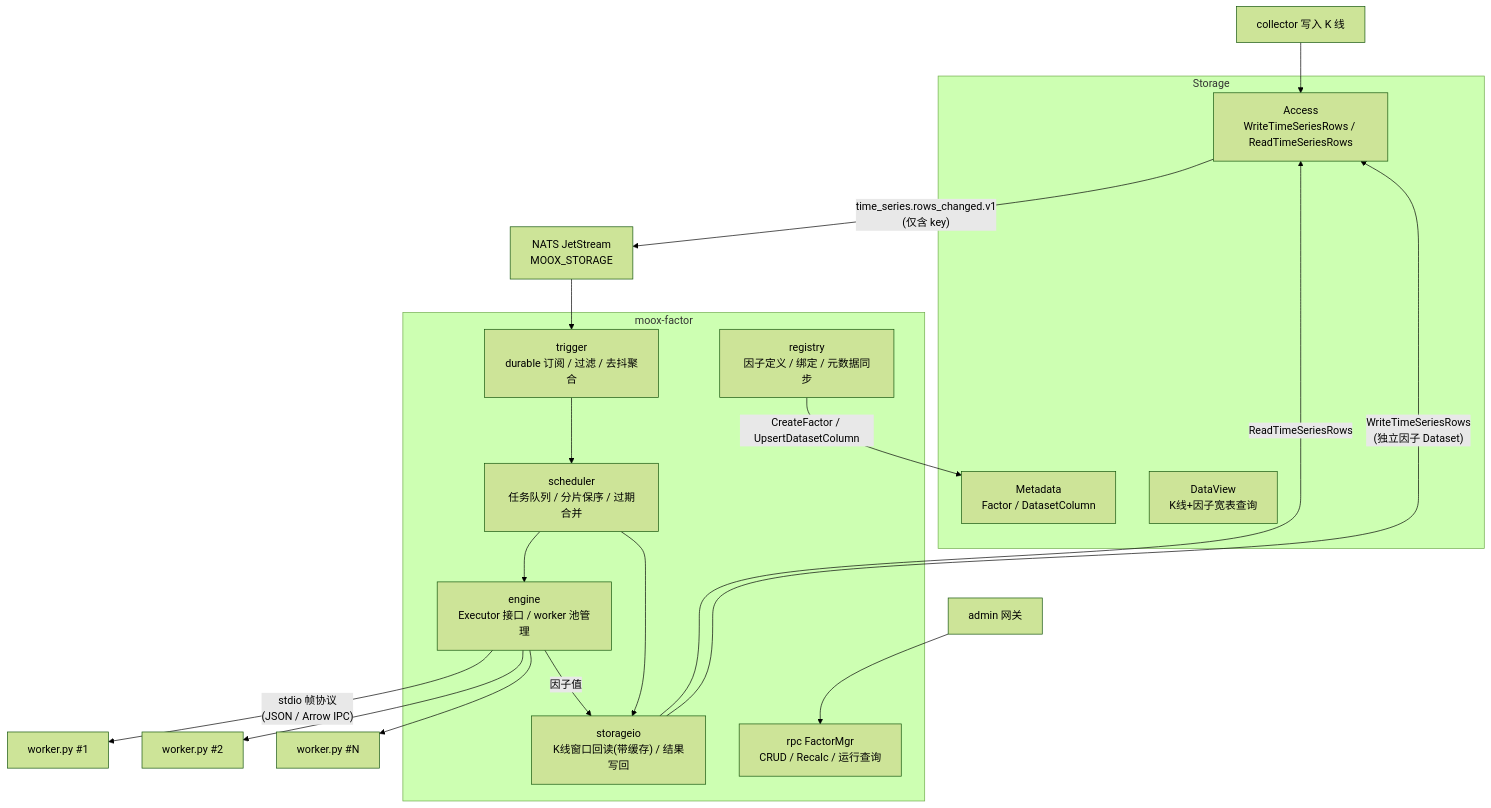
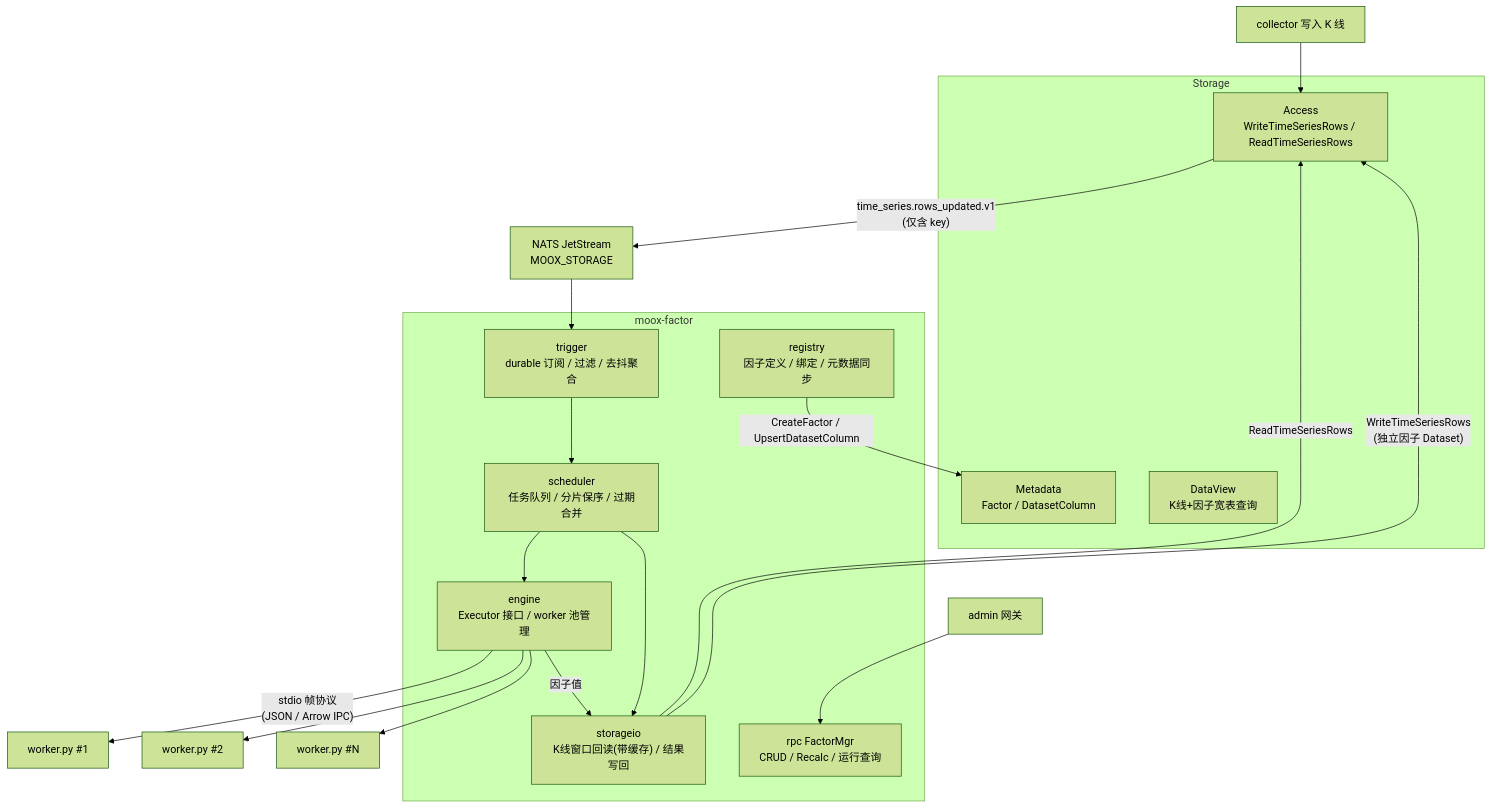
Before and after one commit to mooyang-code/moox: the second of 3 diagrams in docs/因子计算模块设计.md, drawn with Mermaid (forest theme). The commit also changed other lines of this file and 5 other files, not shown here.

Commit message:
docs(runtime): document shared Python execution architecture

````diff
--- a/docs/因子计算模块设计.md
+++ b/docs/因子计算模块设计.md
@@ -59,31 +61,31 @@
 ```mermaid
 flowchart TB
   subgraph storage["Storage"]
     Access["Access<br/>WriteTimeSeriesRows / ReadTimeSeriesRows"]
     Meta["Metadata<br/>Factor / DatasetColumn"]
     View["DataView<br/>K线+因子宽表查询"]
   end
 
   Collector["collector 写入 K 线"] --> Access
-  Access -- "time_series.rows_changed.v1<br/>(仅含 key)" --> JS["NATS JetStream<br/>MOOX_STORAGE"]
+  Access -- "time_series.rows_updated.v1<br/>(仅含 key)" --> JS["NATS JetStream<br/>MOOX_STORAGE"]
 
   subgraph factor["moox-factor"]
     Trigger["trigger<br/>durable 订阅 / 过滤 / 去抖聚合"]
     Sched["scheduler<br/>任务队列 / 分片保序 / 过期合并"]
     SIO["storageio<br/>K线窗口回读(带缓存) / 结果写回"]
     Engine["engine<br/>Executor 接口 / worker 池管理"]
     Registry["registry<br/>因子定义 / 绑定 / 元数据同步"]
     RPC["rpc FactorMgr<br/>CRUD / Recalc / 运行查询"]
   end
 
   JS --> Trigger --> Sched --> Engine
   Sched --> SIO
   SIO -- ReadTimeSeriesRows --> Access
   Engine -- "stdio 帧协议<br/>(JSON / Arrow IPC)" --> W1["worker.py #1"]
   Engine --> W2["worker.py #2"]
   Engine --> WN["worker.py #N"]
   Engine -- 因子值 --> SIO
   SIO -- "WriteTimeSeriesRows<br/>(独立因子 Dataset)" --> Access
   Registry -- "CreateFactor / UpsertDatasetColumn" --> Meta
   Admin["admin 网关"] --> RPC
 ```
````
